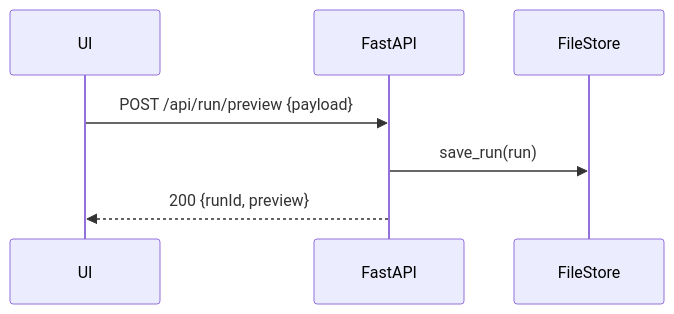
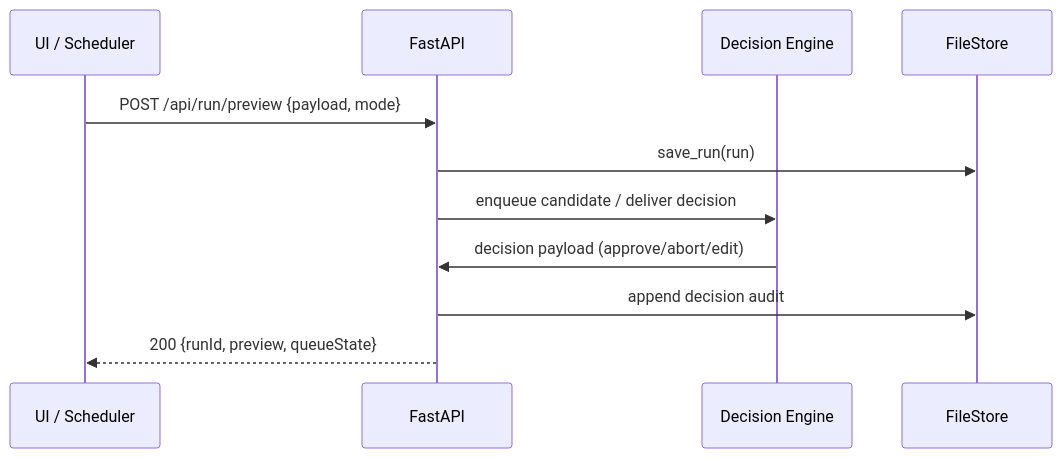
One commit to MichaelSParkin3/Job-AI-Auto-Apply changed the diagram in docs/architecture/backend-architecture.md. Above: the diagram before and after it, drawn with Mermaid. The commit also changed other lines of this file and 24 other files, not shown here.

Commit message:
Document AI-assisted and automated run roadmap

````diff
--- a/docs/architecture/backend-architecture.md
+++ b/docs/architecture/backend-architecture.md
@@ -33,9 +47,13 @@
 ```mermaid
 sequenceDiagram
-  participant UI as UI
+  participant UI as UI / Scheduler
   participant API as FastAPI
+  participant DEC as Decision Engine
   participant FS as FileStore
-  UI->>API: POST /api/run/preview {payload}
+  UI->>API: POST /api/run/preview {payload, mode}
   API->>FS: save_run(run)
-  API-->>UI: 200 {runId, preview}
+  API->>DEC: enqueue candidate / deliver decision
+  DEC->>API: decision payload (approve/abort/edit)
+  API->>FS: append decision audit
+  API-->>UI: 200 {runId, preview, queueState}
 ```
````
